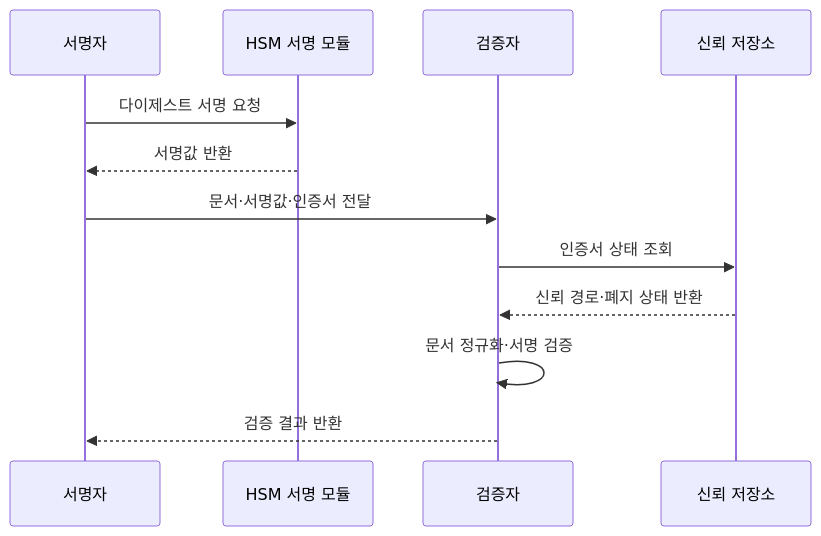
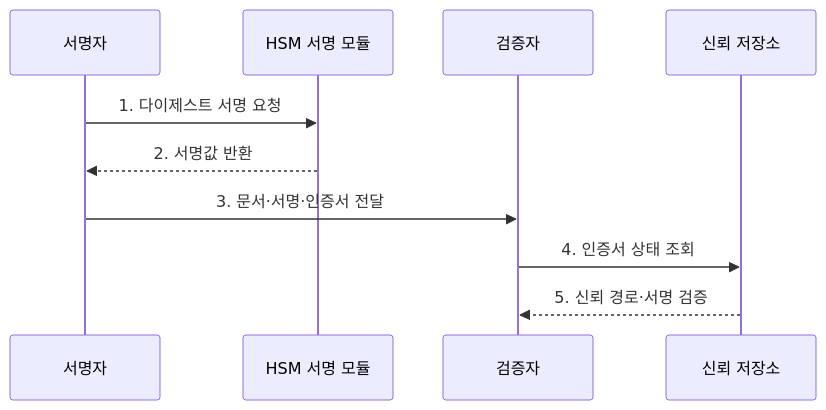
The second of 2 diagrams in src/content/docs/notes/05-security/006_digital_signature.md (agnusdei1207/knowledge-base), drawn with Mermaid before and after one commit. The commit also changed other lines of this file and 22 other files, not shown here.

````diff
--- a/src/content/docs/notes/05-security/006_digital_signature.md
+++ b/src/content/docs/notes/05-security/006_digital_signature.md
@@ -86,14 +83,12 @@
 ```mermaid
 sequenceDiagram
     participant S as 서명자
     participant H as HSM 서명 모듈
     participant V as 검증자
     participant T as 신뢰 저장소
-    S->>H: 다이제스트 서명 요청
-    H-->>S: 서명값 반환
-    S->>V: 문서·서명값·인증서 전달
-    V->>T: 인증서 상태 조회
-    T-->>V: 신뢰 경로·폐지 상태 반환
-    V->>V: 문서 정규화·서명 검증
-    V-->>S: 검증 결과 반환
+    S->>H: 1. 다이제스트 서명 요청
+    H-->>S: 2. 서명값 반환
+    S->>V: 3. 문서·서명·인증서 전달
+    V->>T: 4. 인증서 상태 조회
+    T-->>V: 5. 신뢰 경로·서명 검증
 ```
````
